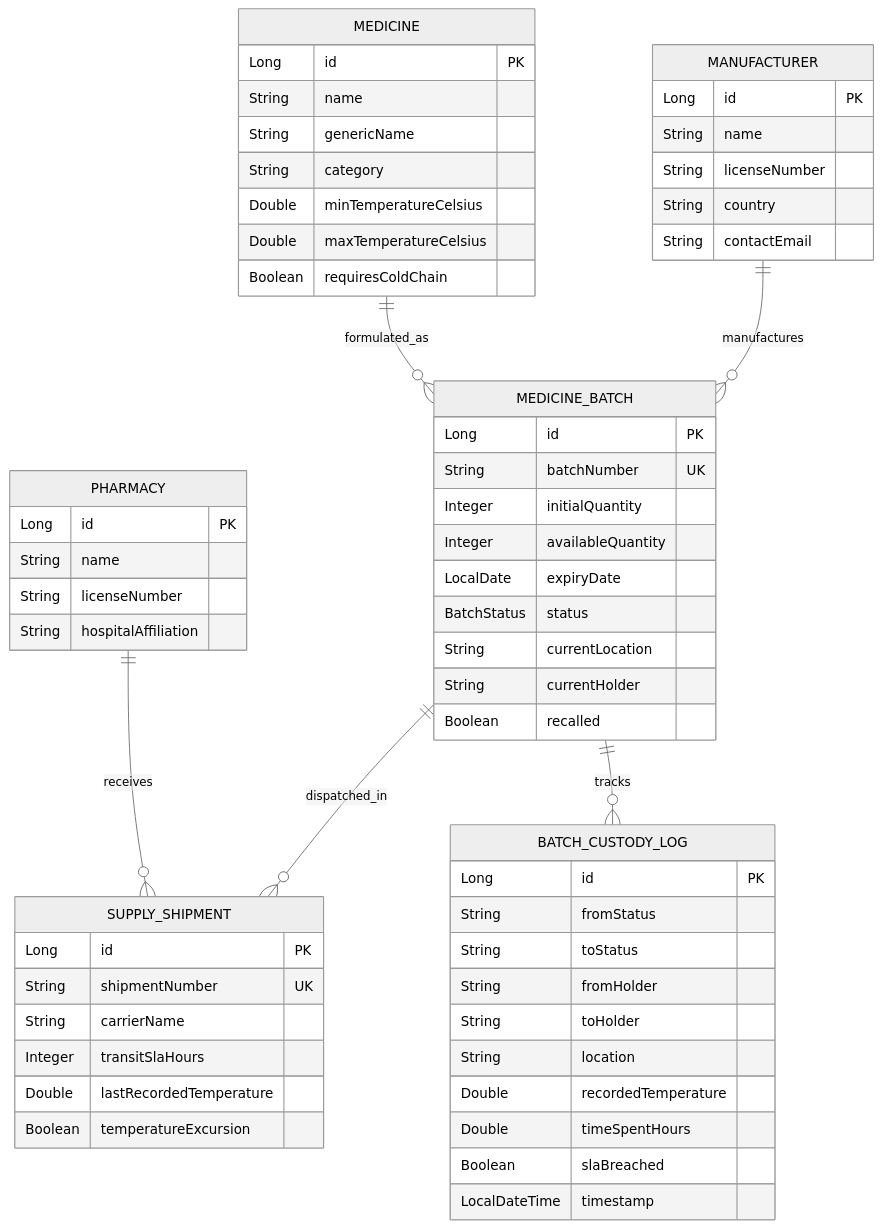
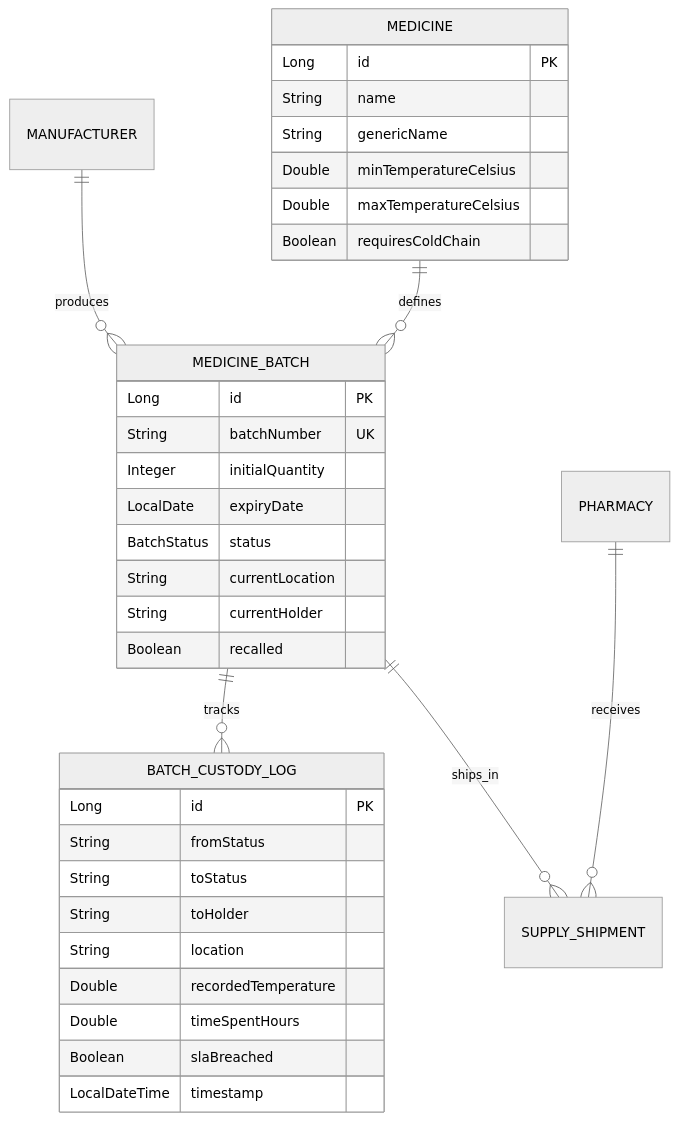
One commit to aanshiomar31-oss/medimate changed the fourth of 4 diagrams in README.md. Above: the diagram before and after it, drawn with Mermaid (neutral theme). The commit also changed other lines of this file, not shown here.

Commit message:
Refactor README: remove emojis, simplify flowcharts for clear understanding, and streamline documentation

````diff
--- a/README.md
+++ b/README.md
@@ -296,67 +174,40 @@
 ```mermaid
 erDiagram
-    MANUFACTURER ||--o{ MEDICINE_BATCH : manufactures
-    MEDICINE ||--o{ MEDICINE_BATCH : formulated_as
-    MEDICINE_BATCH ||--o{ SUPPLY_SHIPMENT : dispatched_in
+    MANUFACTURER ||--o{ MEDICINE_BATCH : produces
+    MEDICINE ||--o{ MEDICINE_BATCH : defines
     MEDICINE_BATCH ||--o{ BATCH_CUSTODY_LOG : tracks
+    MEDICINE_BATCH ||--o{ SUPPLY_SHIPMENT : ships_in
     PHARMACY ||--o{ SUPPLY_SHIPMENT : receives
-
-    MANUFACTURER {
-        Long id PK
-        String name
-        String licenseNumber
-        String country
-        String contactEmail
-    }
 
     MEDICINE {
         Long id PK
         String name
         String genericName
-        String category
         Double minTemperatureCelsius
         Double maxTemperatureCelsius
         Boolean requiresColdChain
     }
 
     MEDICINE_BATCH {
         Long id PK
         String batchNumber UK
         Integer initialQuantity
-        Integer availableQuantity
         LocalDate expiryDate
         BatchStatus status
         String currentLocation
         String currentHolder
         Boolean recalled
     }
 
     BATCH_CUSTODY_LOG {
         Long id PK
         String fromStatus
         String toStatus
-        String fromHolder
         String toHolder
         String location
         Double recordedTemperature
         Double timeSpentHours
         Boolean slaBreached
         LocalDateTime timestamp
     }
-
-    SUPPLY_SHIPMENT {
-        Long id PK
-        String shipmentNumber UK
-        String carrierName
-        Integer transitSlaHours
-        Double lastRecordedTemperature
-        Boolean temperatureExcursion
-    }
-
-    PHARMACY {
-        Long id PK
-        String name
-        String licenseNumber
-        String hospitalAffiliation
-    }
 ```
````
